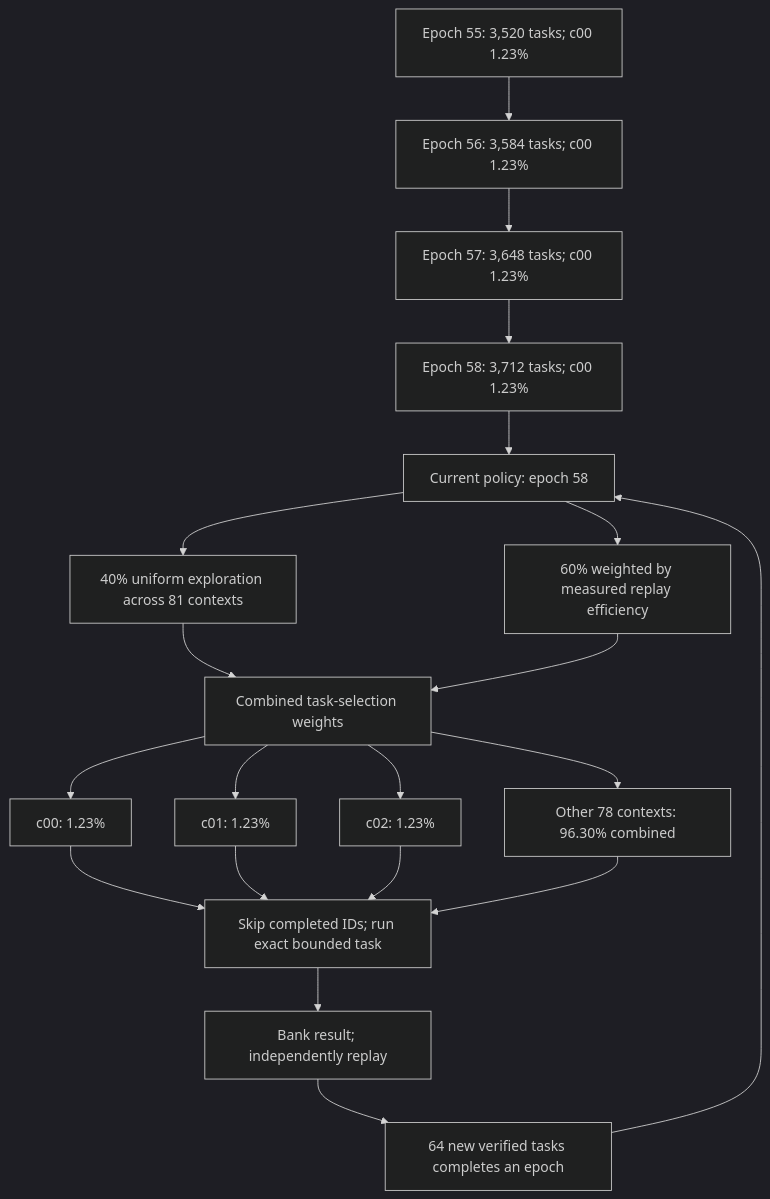
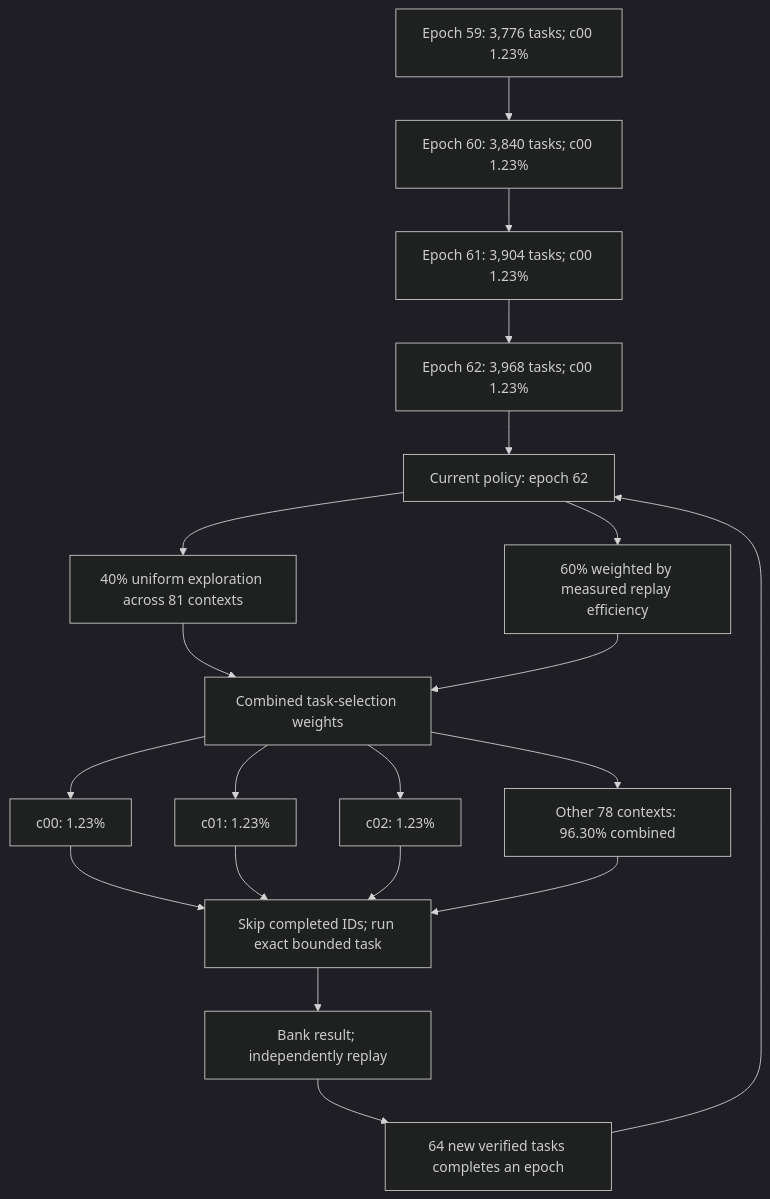
Before and after one commit to Kuberwastaken/math-gambling: the diagram in README.md, drawn with Mermaid (dark theme). The commit also changed other lines of this file and 591 other files, not shown here.

````diff
--- a/README.md
+++ b/README.md
@@ -48,27 +48,27 @@
 ```mermaid
 flowchart TD
-    H0["Epoch 55: 3,520 tasks; c00 1.23%"]
-    H1["Epoch 56: 3,584 tasks; c00 1.23%"]
+    H0["Epoch 59: 3,776 tasks; c00 1.23%"]
+    H1["Epoch 60: 3,840 tasks; c00 1.23%"]
     H0 --> H1
-    H2["Epoch 57: 3,648 tasks; c00 1.23%"]
+    H2["Epoch 61: 3,904 tasks; c00 1.23%"]
     H1 --> H2
-    H3["Epoch 58: 3,712 tasks; c00 1.23%"]
+    H3["Epoch 62: 3,968 tasks; c00 1.23%"]
     H2 --> H3
-    Policy["Current policy: epoch 58"]
+    Policy["Current policy: epoch 62"]
     H3 --> Policy
     Policy --> Explore["40% uniform exploration across 81 contexts"]
     Policy --> Cost["60% weighted by measured replay efficiency"]
     Explore --> Mix["Combined task-selection weights"]
     Cost --> Mix
     Mix --> C0["c00: 1.23%"]
     Mix --> C1["c01: 1.23%"]
     Mix --> C2["c02: 1.23%"]
     Mix --> Rest["Other 78 contexts: 96.30% combined"]
     C0 --> Check["Skip completed IDs; run exact bounded task"]
     C1 --> Check
     C2 --> Check
     Rest --> Check
     Check --> Replay["Bank result; independently replay"]
     Replay --> Gate["64 new verified tasks completes an epoch"]
     Gate --> Policy
 ```
````
